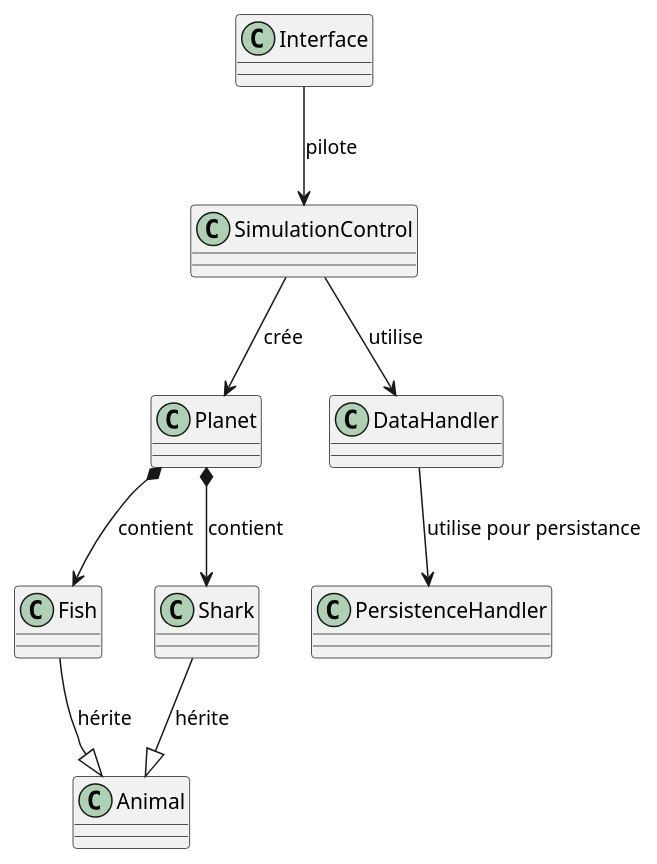
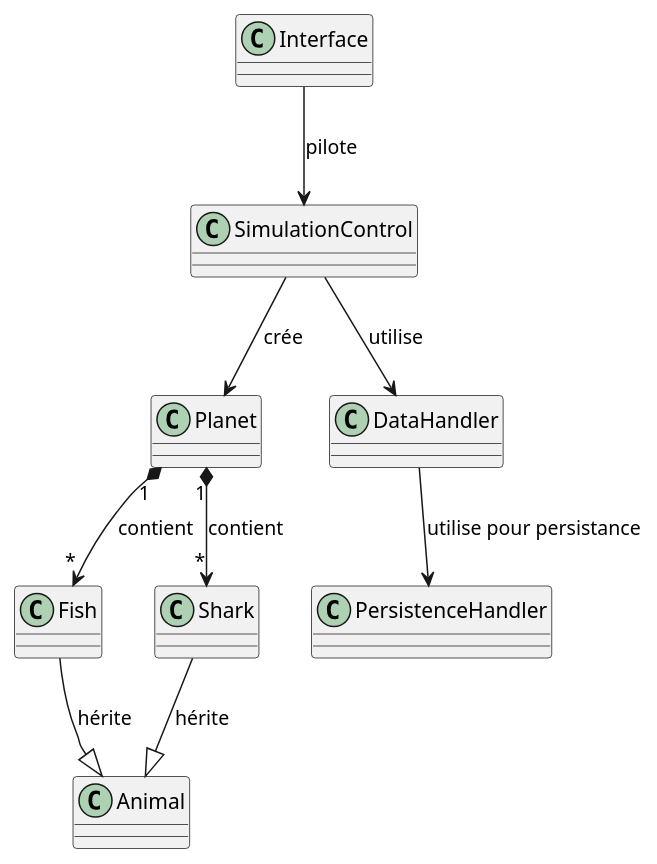
Before and after one commit to CpHeat/wa-tor: the diagram in classes_asso_wat-or.plantuml, drawn with PlantUML. The commit also changed 4 other files, not shown here.

Commit message:
adding class diagramm

```diff
--- a/classes_asso_wat-or.plantuml
+++ b/classes_asso_wat-or.plantuml
@@ -1,14 +1,14 @@
 @startuml associations_only
 set namespaceSeparator none
 ' Héritage
 Fish --|> Animal : hérite
 Shark --|> Animal : hérite
 
 ' Associations
-Planet *--> Fish : contient
-Planet *--> Shark : contient
+Planet "1" *--> "*" Fish : contient
+Planet "1" *--> "*" Shark : contient
 SimulationControl --> Planet : crée
 Interface -->  SimulationControl: pilote
 SimulationControl --> DataHandler : utilise
 DataHandler --> PersistenceHandler : utilise pour persistance
 @enduml
```
